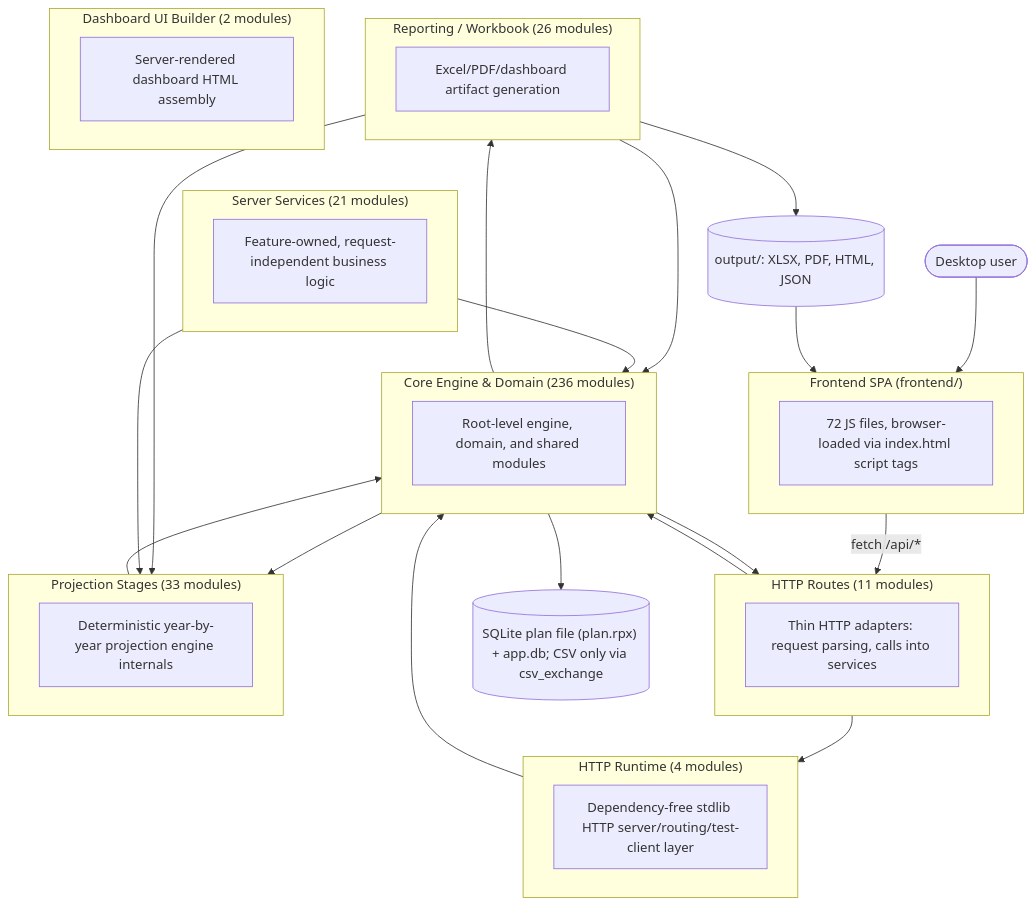
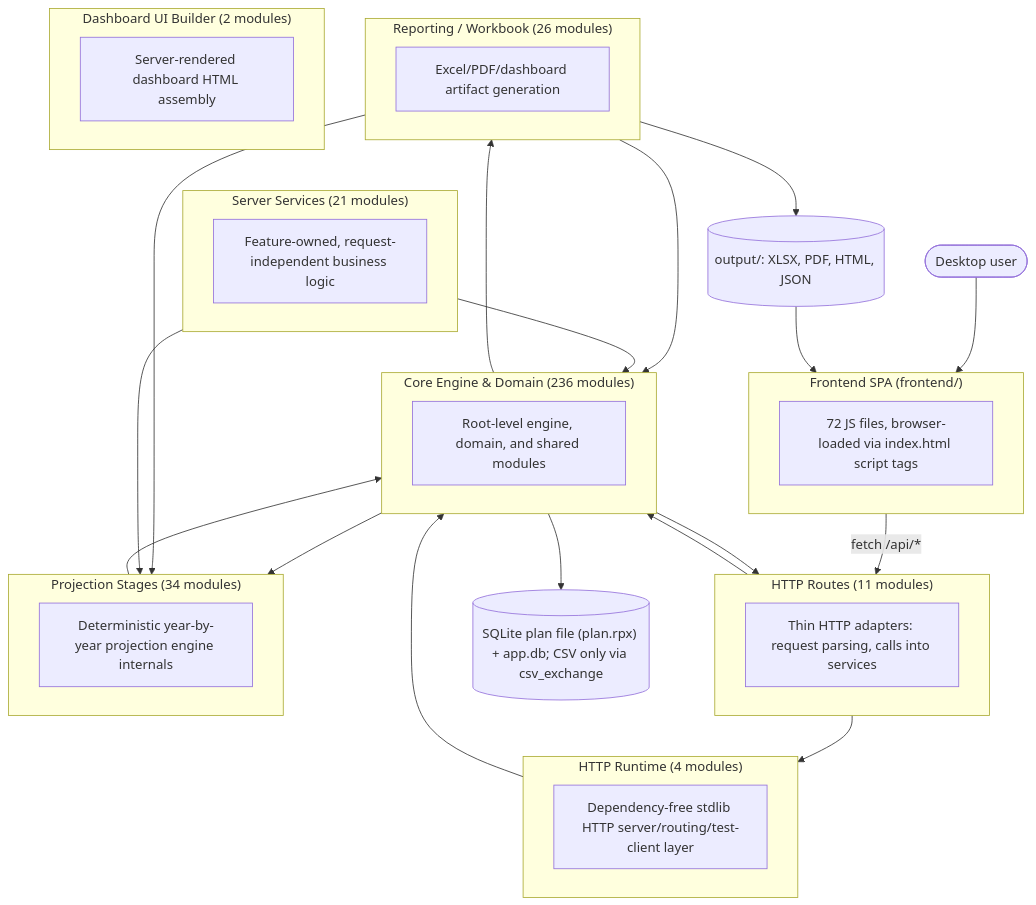
One commit to matthartzman/retirement_system changed the first of 2 diagrams in documentation/reference/SYSTEM_ARCHITECTURE_DIAGRAM.md. Above: the diagram before and after it, drawn with Mermaid. The commit also changed other lines of this file and 3 other files, not shown here.

````diff
--- a/documentation/reference/SYSTEM_ARCHITECTURE_DIAGRAM.md
+++ b/documentation/reference/SYSTEM_ARCHITECTURE_DIAGRAM.md
@@ -11,43 +11,43 @@
 ```mermaid
 flowchart TB
     User(["Desktop user"]) --> FE
     subgraph FE["Frontend SPA (frontend/)"]
         FEcount["72 JS files, browser-loaded via index.html script tags"]
     end
     FE -->|fetch /api/*| L_HTTP_Routes
     subgraph L_HTTP_Routes["HTTP Routes (11 modules)"]
         L_HTTP_Routes_d["Thin HTTP adapters: request parsing, calls into services"]
     end
     subgraph L_Server_Services["Server Services (21 modules)"]
         L_Server_Services_d["Feature-owned, request-independent business logic"]
     end
     subgraph L_HTTP_Runtime["HTTP Runtime (4 modules)"]
         L_HTTP_Runtime_d["Dependency-free stdlib HTTP server/routing/test-client layer"]
     end
     subgraph L_Core_Engine___Domain["Core Engine & Domain (236 modules)"]
         L_Core_Engine___Domain_d["Root-level engine, domain, and shared modules"]
     end
-    subgraph L_Projection_Stages["Projection Stages (33 modules)"]
+    subgraph L_Projection_Stages["Projection Stages (34 modules)"]
         L_Projection_Stages_d["Deterministic year-by-year projection engine internals"]
     end
     subgraph L_Reporting___Workbook["Reporting / Workbook (26 modules)"]
         L_Reporting___Workbook_d["Excel/PDF/dashboard artifact generation"]
     end
     subgraph L_Dashboard_UI_Builder["Dashboard UI Builder (2 modules)"]
         L_Dashboard_UI_Builder_d["Server-rendered dashboard HTML assembly"]
     end
     L_Core_Engine___Domain --> L_HTTP_Routes
     L_Core_Engine___Domain --> L_Projection_Stages
     L_Core_Engine___Domain --> L_Reporting___Workbook
     L_HTTP_Routes --> L_Core_Engine___Domain
     L_HTTP_Routes --> L_HTTP_Runtime
     L_HTTP_Runtime --> L_Core_Engine___Domain
     L_Projection_Stages --> L_Core_Engine___Domain
     L_Reporting___Workbook --> L_Core_Engine___Domain
     L_Reporting___Workbook --> L_Projection_Stages
     L_Server_Services --> L_Core_Engine___Domain
     L_Server_Services --> L_Projection_Stages
     L_Core_Engine___Domain --> DB[("SQLite plan file (plan.rpx) + app.db; CSV only via csv_exchange")]
     L_Reporting___Workbook --> Outputs[("output/: XLSX, PDF, HTML, JSON")]
     Outputs --> FE
 ```
````
